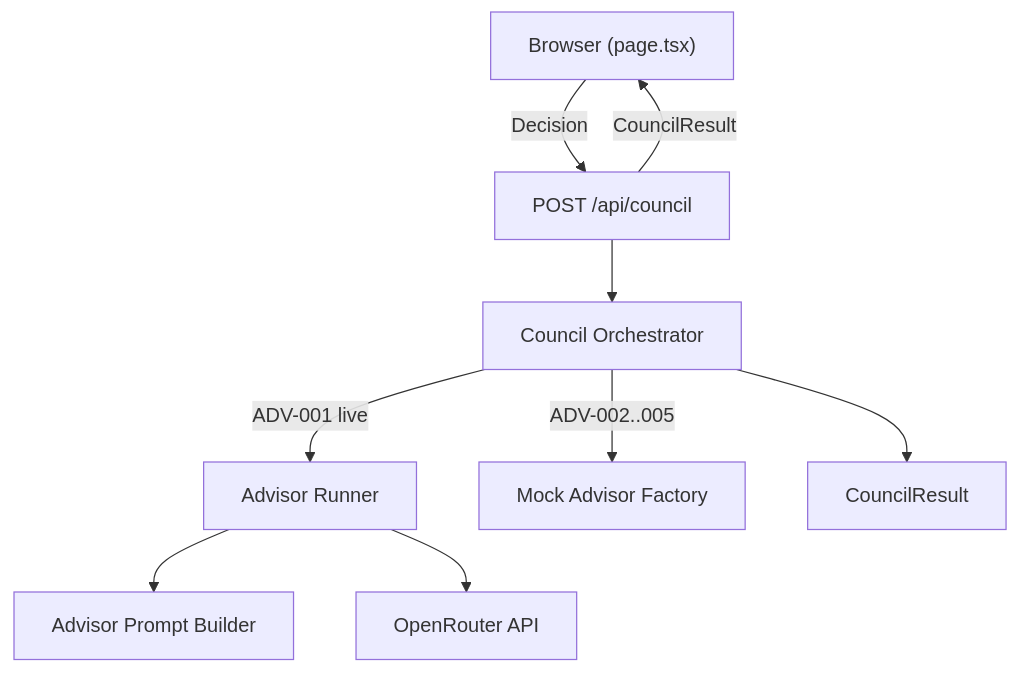
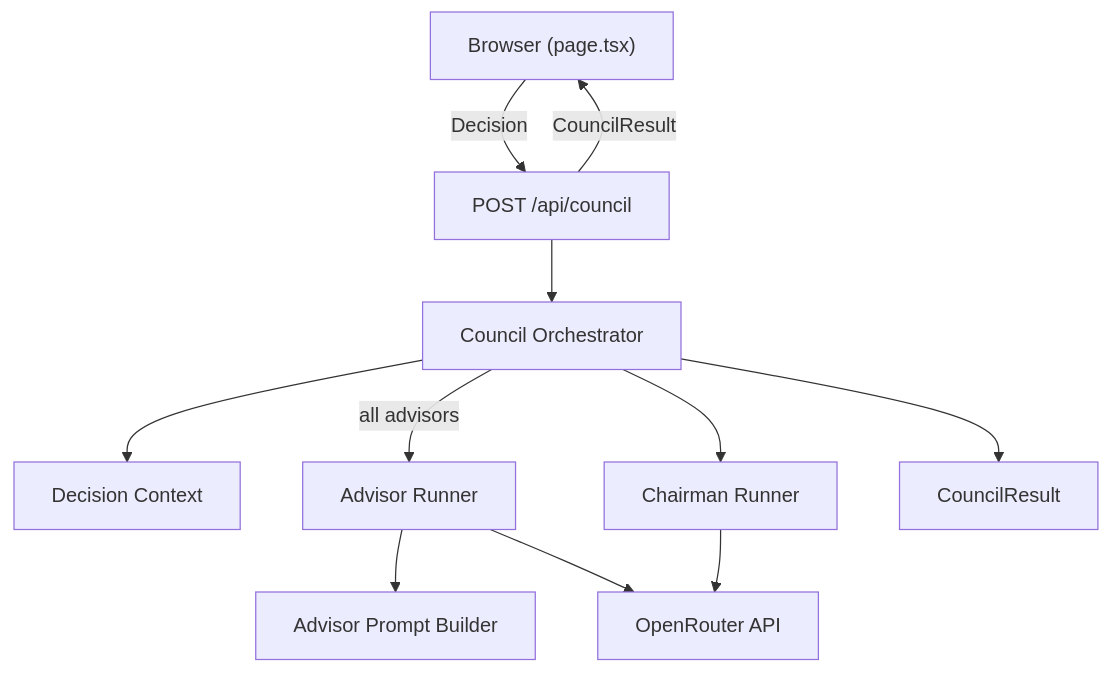
The diagram in README.md (TulioT99/prodignus-council), drawn with Mermaid before and after one commit. The commit also changed other lines of this file and 54 other files, not shown here.

````diff
--- a/README.md
+++ b/README.md
@@ -40,20 +59,23 @@
 ```mermaid
 flowchart TD
   Browser["Browser (page.tsx)"]
   API["POST /api/council"]
   Orchestrator["Council Orchestrator"]
+  Context["Decision Context"]
   Runner["Advisor Runner"]
   Prompts["Advisor Prompt Builder"]
   OpenRouter["OpenRouter API"]
-  Mocks["Mock Advisor Factory"]
+  ChairmanRunner["Chairman Runner"]
   Result["CouncilResult"]
 
   Browser -->|Decision| API
   API --> Orchestrator
-  Orchestrator -->|ADV-001 live| Runner
-  Orchestrator -->|ADV-002..005| Mocks
+  Orchestrator --> Context
+  Orchestrator -->|all advisors| Runner
   Runner --> Prompts
   Runner --> OpenRouter
+  Orchestrator --> ChairmanRunner
+  ChairmanRunner --> OpenRouter
   Orchestrator --> Result
   API -->|CouncilResult| Browser
 ```
````
